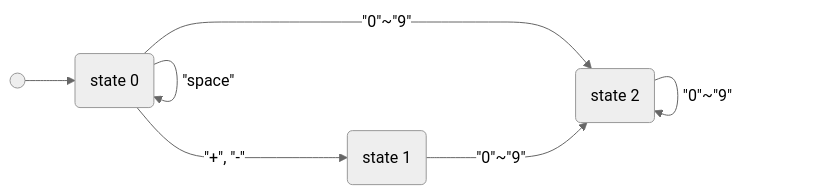
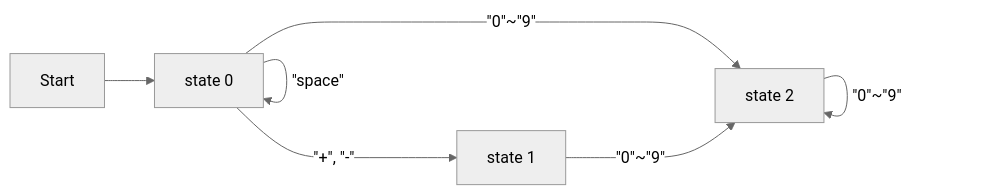
The diagram in content/notes/string-to-integer-atoi.en.md (ronload/ronaldluo.com), drawn with Mermaid (neutral theme) before and after one commit. The commit also changed 20 other files, not shown here.

````diff
--- a/content/notes/string-to-integer-atoi.en.md
+++ b/content/notes/string-to-integer-atoi.en.md
@@ -119,9 +119,9 @@
 ```mermaid
 flowchart LR
-  e(( )):::entry --> s0(state 0)
-  s0 -- "#quot;0#quot;~#quot;9#quot;" --> s2(state 2)
-  s0 -- "#quot;+#quot;, #quot;-#quot;" ---> s1(state 1)
+  e[Start]:::entry --> s0[state 0]
+  s0 -- "#quot;0#quot;~#quot;9#quot;" --> s2[state 2]
+  s0 -- "#quot;+#quot;, #quot;-#quot;" ---> s1[state 1]
   s1 -- "#quot;0#quot;~#quot;9#quot;" ---> s2
   s0 -- "#quot;space#quot;" --> s0
   s2 -- "#quot;0#quot;~#quot;9#quot;" --> s2
 ```
````
